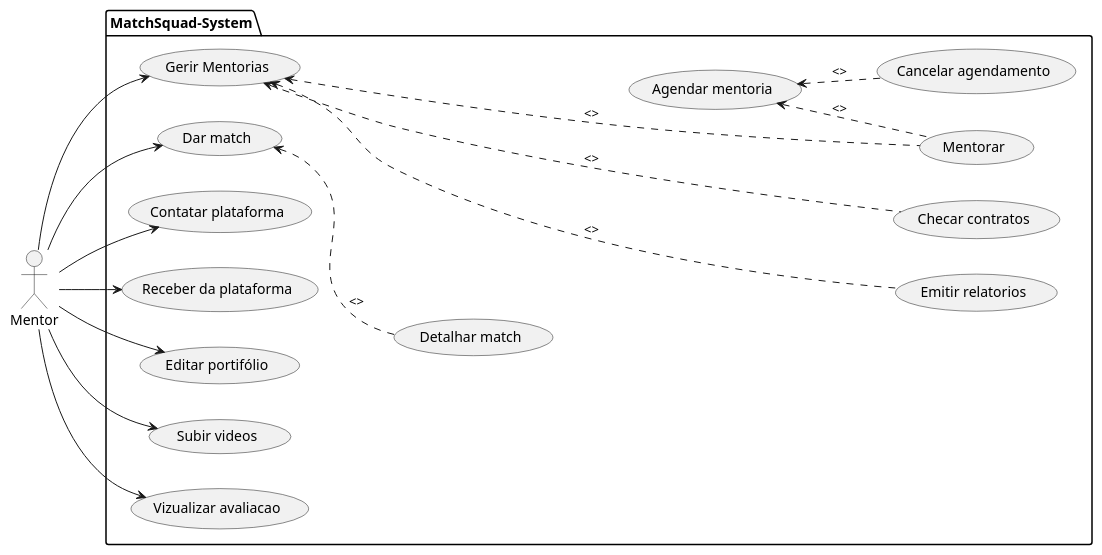
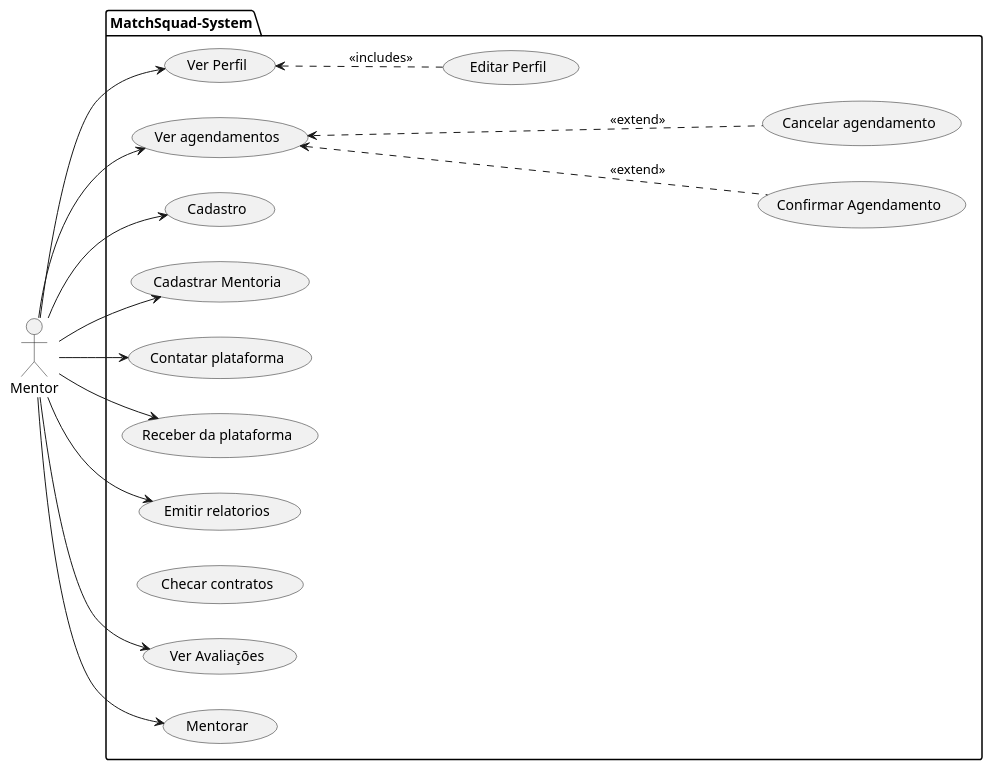
Before and after one commit to Gabriel-Alves02/MatchSquad: the diagram in Docs/Casos de uso PlantUML/use-cases-mentor.puml, drawn with PlantUML.

Commit message:
use-cases-mentor.puml

```diff
--- a/Docs/Casos de uso PlantUML/use-cases-mentor.puml
+++ b/Docs/Casos de uso PlantUML/use-cases-mentor.puml
@@ -1,38 +1,36 @@
 @startuml "Mentor use-cases"
 
 left to right direction
 
 actor Mentor as m
 package MatchSquad-System{
-usecase "Detalhar match" as UC1
-usecase "Dar match" as UC2
+usecase "Cadastro" as UC1
+usecase "Cadastrar Mentoria" as UC2
 usecase "Contatar plataforma" as UC3
 usecase "Receber da plataforma" as UC4
-usecase "Editar portifólio" as UC5
-usecase "Gerir Mentorias" as UC6
+usecase "Ver Perfil" as UC5
+usecase "Editar Perfil" as UC6
 usecase "Emitir relatorios" as UC7
 usecase "Checar contratos" as UC8
-usecase "Subir videos" as UC9
-usecase "Vizualizar avaliacao" as UC10
-usecase "Mentorar" as UC11
-usecase "Agendar mentoria" as UC12
-usecase "Cancelar agendamento" as UC13
+usecase "Ver Avaliações" as UC9
+usecase "Mentorar" as UC10
+usecase "Confirmar Agendamento" as UC11
+usecase "Cancelar agendamento" as UC12
+usecase "Ver agendamentos" as UC13
 }
 
+m --> UC1
 m --> UC2
+m --> UC4
 m --> UC3
-m --> UC4
 m --> UC5
-m --> UC6
+m --> UC7
 m --> UC10
+m --> UC13
 m --> UC9
 
-(UC13) .up.> (UC12) : <>
-(UC7) ..up..> (UC6) : <>
-(UC8) ..up..> (UC6) : <>
-
-(UC1) .up.> (UC2) : <>
-(UC11) ..up..> (UC6) : <>
-(UC11) .up.> (UC12) : <>
+(UC12)..up..>(UC13) : <<extend>>
+(UC11)..up..>(UC13) : <<extend>>
+(UC6) .up.>(UC5) : <<includes>>
 
 @enduml
```
